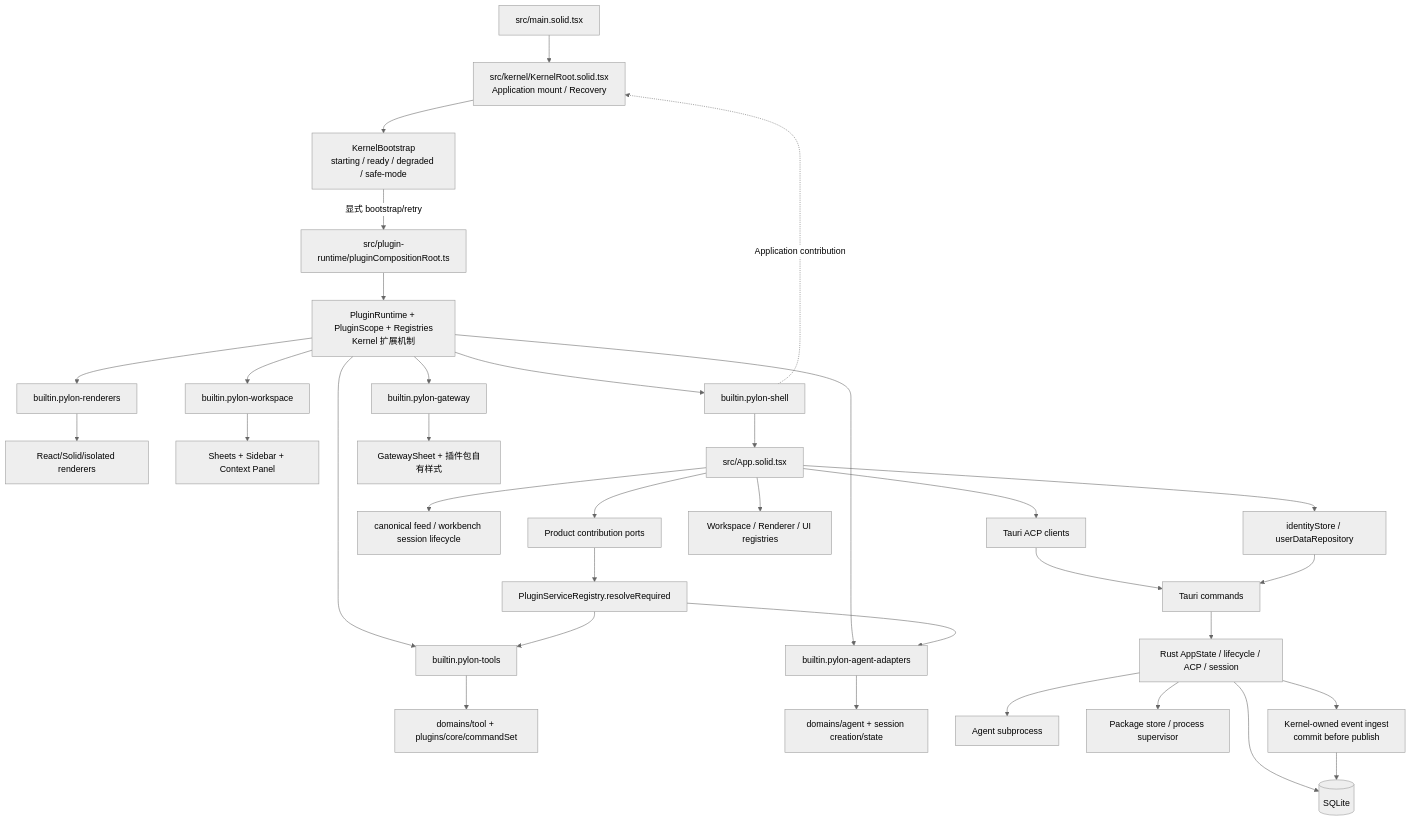
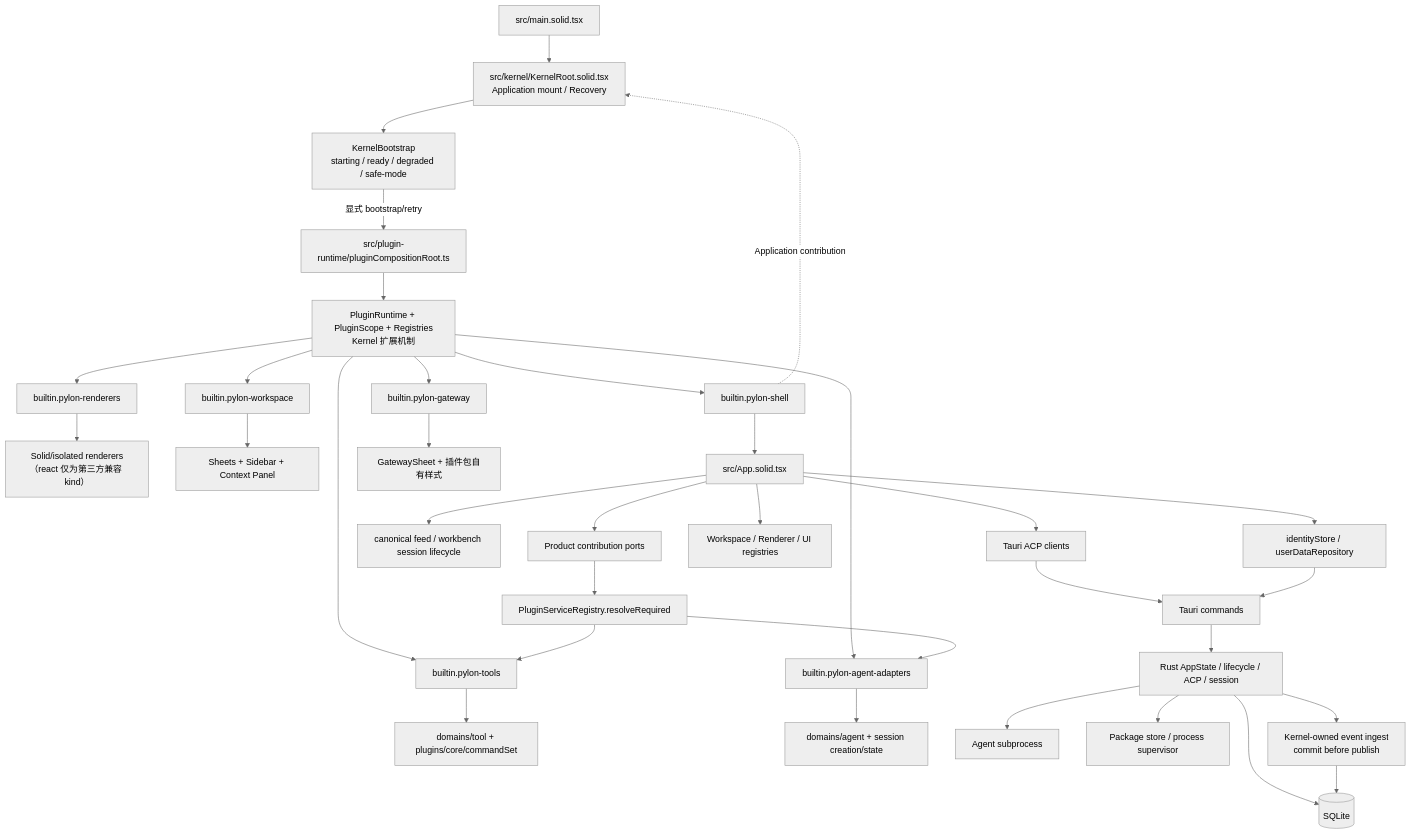
The first of 7 diagrams in docs/说明书/Pylon-项目架构参考.md (AlchemistCxC/Pylon-co-works), drawn with Mermaid (neutral theme) before and after one commit. The commit also changed other lines of this file and 13 other files, not shown here.

````diff
--- a/docs/说明书/Pylon-项目架构参考.md
+++ b/docs/说明书/Pylon-项目架构参考.md
@@ -43,42 +43,42 @@
 ```mermaid
 flowchart TB
   Entry["src/main.solid.tsx"] --> KR["src/kernel/KernelRoot.solid.tsx<br/>Application mount / Recovery"]
   KR --> KB["KernelBootstrap<br/>starting / ready / degraded / safe-mode"]
   KB -->|显式 bootstrap/retry| CR["src/plugin-runtime/pluginCompositionRoot.ts"]
   CR --> PR["PluginRuntime + PluginScope + Registries<br/>Kernel 扩展机制"]
 
   PR --> Tools["builtin.pylon-tools"]
   PR --> Agents["builtin.pylon-agent-adapters"]
   PR --> Renderers["builtin.pylon-renderers"]
   PR --> Workspace["builtin.pylon-workspace"]
   PR --> Shell["builtin.pylon-shell"]
   PR --> Gateway["builtin.pylon-gateway"]
 
   Tools --> ToolImpl["domains/tool + plugins/core/commandSet"]
   Agents --> AgentImpl["domains/agent + session creation/state"]
-  Renderers --> RendererImpl["React/Solid/isolated renderers"]
+  Renderers --> RendererImpl["Solid/isolated renderers（react 仅为第三方兼容 kind）"]
   Workspace --> WorkspaceImpl["Sheets + Sidebar + Context Panel"]
   Shell --> App["src/App.solid.tsx"]
   Gateway --> GatewayImpl["GatewaySheet + 插件包自有样式"]
 
   App --> Identity["identityStore / userDataRepository"]
   App --> Chat["canonical feed / workbench session lifecycle"]
   App --> AcpClients["Tauri ACP clients"]
   App --> PluginConsumers["Workspace / Renderer / UI registries"]
   App --> ProductPorts["Product contribution ports"]
   ProductPorts --> ServiceRegistry["PluginServiceRegistry.resolveRequired"]
   ServiceRegistry --> Tools
   ServiceRegistry --> Agents
 
   AcpClients --> IPC["Tauri commands"]
   IPC --> RustKernel["Rust AppState / lifecycle / ACP / session"]
   RustKernel --> AgentProc["Agent subprocess"]
   RustKernel --> SQLite[("SQLite")]
   RustKernel --> NativePlugins["Package store / process supervisor"]
 
   RustKernel --> KernelIngest["Kernel-owned event ingest<br/>commit before publish"]
   KernelIngest --> SQLite
   Identity --> IPC
 
   Shell -.Application contribution.-> KR
 ```
````
